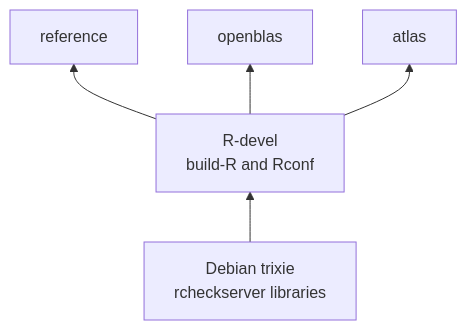
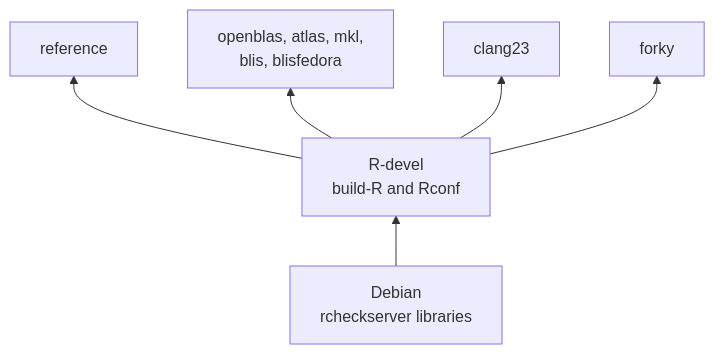
One commit to coatless/docker-r-check changed the first of 2 diagrams in README.md. Above: the diagram before and after it, drawn with Mermaid. The commit also changed other lines of this file, not shown here.

````diff
--- a/README.md
+++ b/README.md
@@ -18,9 +19,11 @@
 ```mermaid
 flowchart BT
-    base["Debian trixie<br/>rcheckserver libraries"]
+    base["Debian<br/>rcheckserver libraries"]
     build["R-devel<br/>build-R and Rconf"]
+    blas["openblas, atlas, mkl,<br/>blis, blisfedora"]
     base --> build
     build --> reference
-    build --> openblas
-    build --> atlas
+    build --> blas
+    build --> clang23
+    build --> forky
 ```
````
